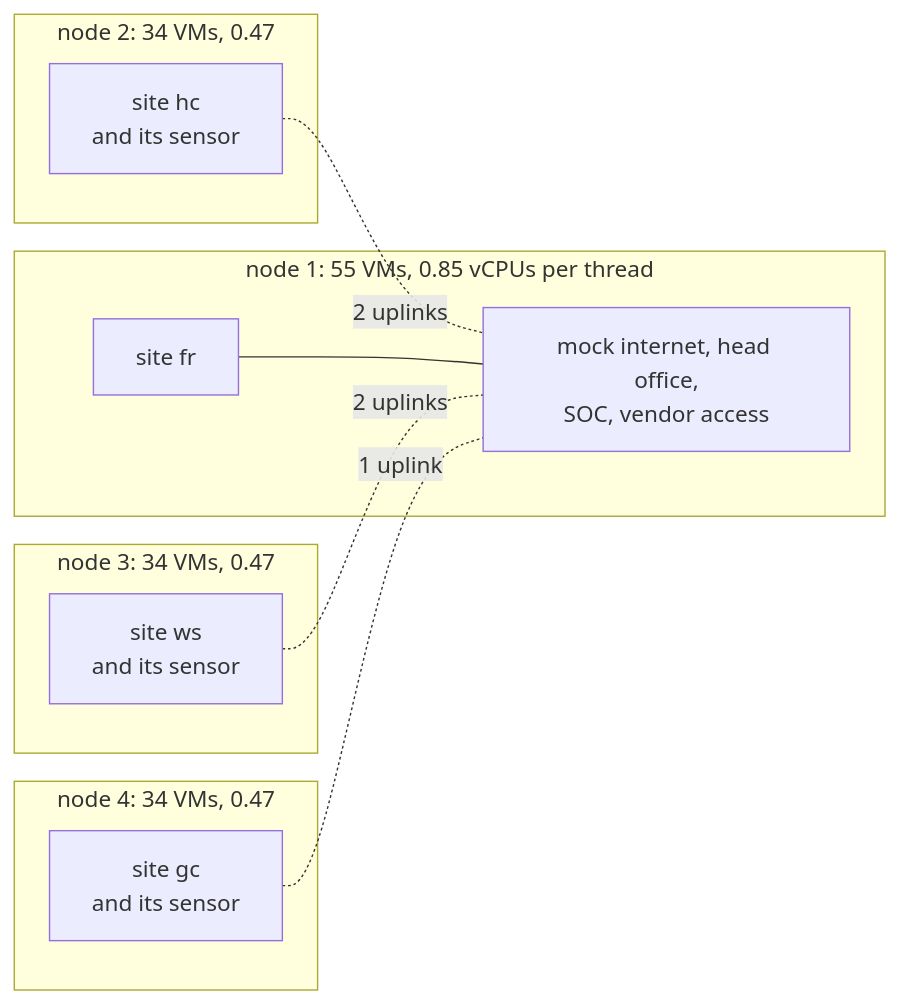
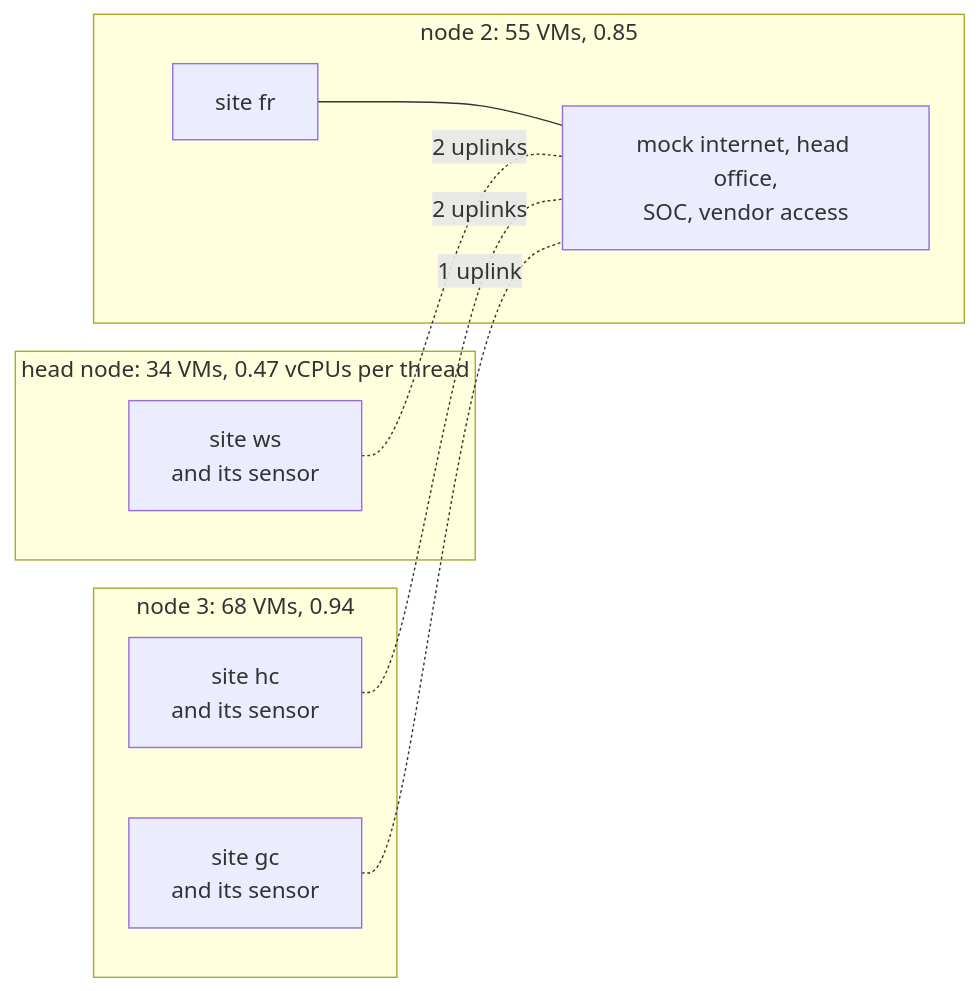
Before and after one commit to GhostofGoes/brew: the sixth of 9 diagrams in docs/multisite/PLANS.md, drawn with Mermaid. The commit also changed other lines of this file and 6 other files, not shown here.

````diff
--- a/docs/multisite/PLANS.md
+++ b/docs/multisite/PLANS.md
@@ -559,20 +574,18 @@
 ```mermaid
 flowchart LR
-  subgraph N1["node 1: 55 VMs, 0.85 vCPUs per thread"]
-    ONCE["mock internet, head office,<br/>SOC, vendor access"]
-    FR["site fr"]
-  end
-  subgraph N2["node 2: 34 VMs, 0.47"]
-    HC["site hc<br/>and its sensor"]
-  end
-  subgraph N3["node 3: 34 VMs, 0.47"]
+  subgraph N1["head node: 34 VMs, 0.47 vCPUs per thread"]
     WS["site ws<br/>and its sensor"]
   end
-  subgraph N4["node 4: 34 VMs, 0.47"]
+  subgraph N2["node 2: 55 VMs, 0.85"]
+    FR["site fr"]
+    ONCE["mock internet, head office,<br/>SOC, vendor access"]
+  end
+  subgraph N3["node 3: 68 VMs, 0.94"]
+    HC["site hc<br/>and its sensor"]
     GC["site gc<br/>and its sensor"]
   end
   FR --- ONCE
+  WS -. "2 uplinks" .- ONCE
   HC -. "2 uplinks" .- ONCE
-  WS -. "2 uplinks" .- ONCE
   GC -. "1 uplink" .- ONCE
 ```
````
